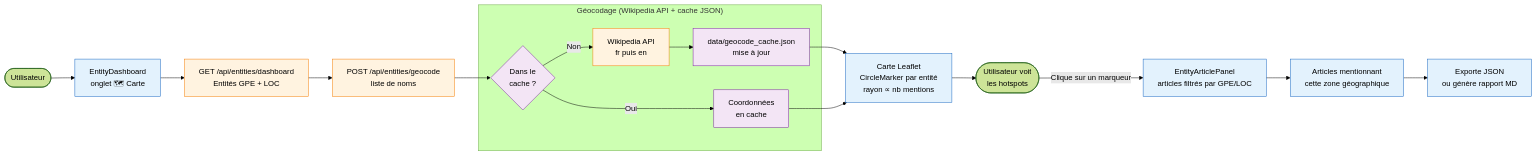
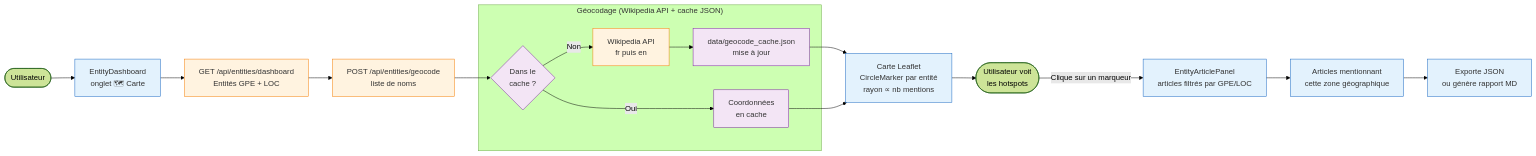
One commit to pat-the-geek/WUDD.ai changed the fourth of 19 diagrams in docs/USE_CASES.md. Above: the diagram before and after it, drawn with Mermaid (forest theme). The commit also changed other lines of this file and 7 other files, not shown here.

First line of the commit message:
fix(mermaid): correction couleurs classDef selon luminance WCAG

````diff
--- a/docs/USE_CASES.md
+++ b/docs/USE_CASES.md
@@ -184,32 +184,32 @@
 ```mermaid
 flowchart LR
     U([Utilisateur]) --> DASH[EntityDashboard\nonglet 🗺 Carte]
     DASH --> API1[GET /api/entities/dashboard\nEntités GPE + LOC]
     API1 --> GEO[POST /api/entities/geocode\nliste de noms]
 
     subgraph GEO_CACHE["Géocodage (Wikipedia API + cache JSON)"]
         CHECK{Dans le\ncache ?}
         WIKI[Wikipedia API\nfr puis en]
         STORE[data/geocode_cache.json\nmise à jour]
         CHECK -->|Non| WIKI --> STORE
         CHECK -->|Oui| HIT[Coordonnées\nen cache]
     end
 
     GEO --> CHECK
     STORE --> MAP
     HIT --> MAP
 
     MAP[Carte Leaflet\nCircleMarker par entité\nrayon ∝ nb mentions]
     MAP --> U2([Utilisateur voit\nles hotspots])
 
     U2 -->|Clique sur un marqueur| PANEL[EntityArticlePanel\narticles filtrés par GPE/LOC]
     PANEL --> ART[Articles mentionnant\ncette zone géographique]
     ART --> EXPORT[Exporte JSON\nou génère rapport MD]
 
-    classDef ui fill:#e3f2fd,stroke:#1565c0,stroke-width:1px
-    classDef api fill:#fff3e0,stroke:#f57c00,stroke-width:1px
-    classDef cache fill:#f3e5f5,stroke:#7b1fa2,stroke-width:1px
+    classDef ui fill:#e3f2fd,stroke:#1565c0,stroke-width:1px,color:#333333
+    classDef api fill:#fff3e0,stroke:#f57c00,stroke-width:1px,color:#333333
+    classDef cache fill:#f3e5f5,stroke:#7b1fa2,stroke-width:1px,color:#333333
     class DASH,MAP,PANEL,ART,EXPORT ui
     class API1,GEO,WIKI api
     class CHECK,STORE,HIT cache
 ```
````
